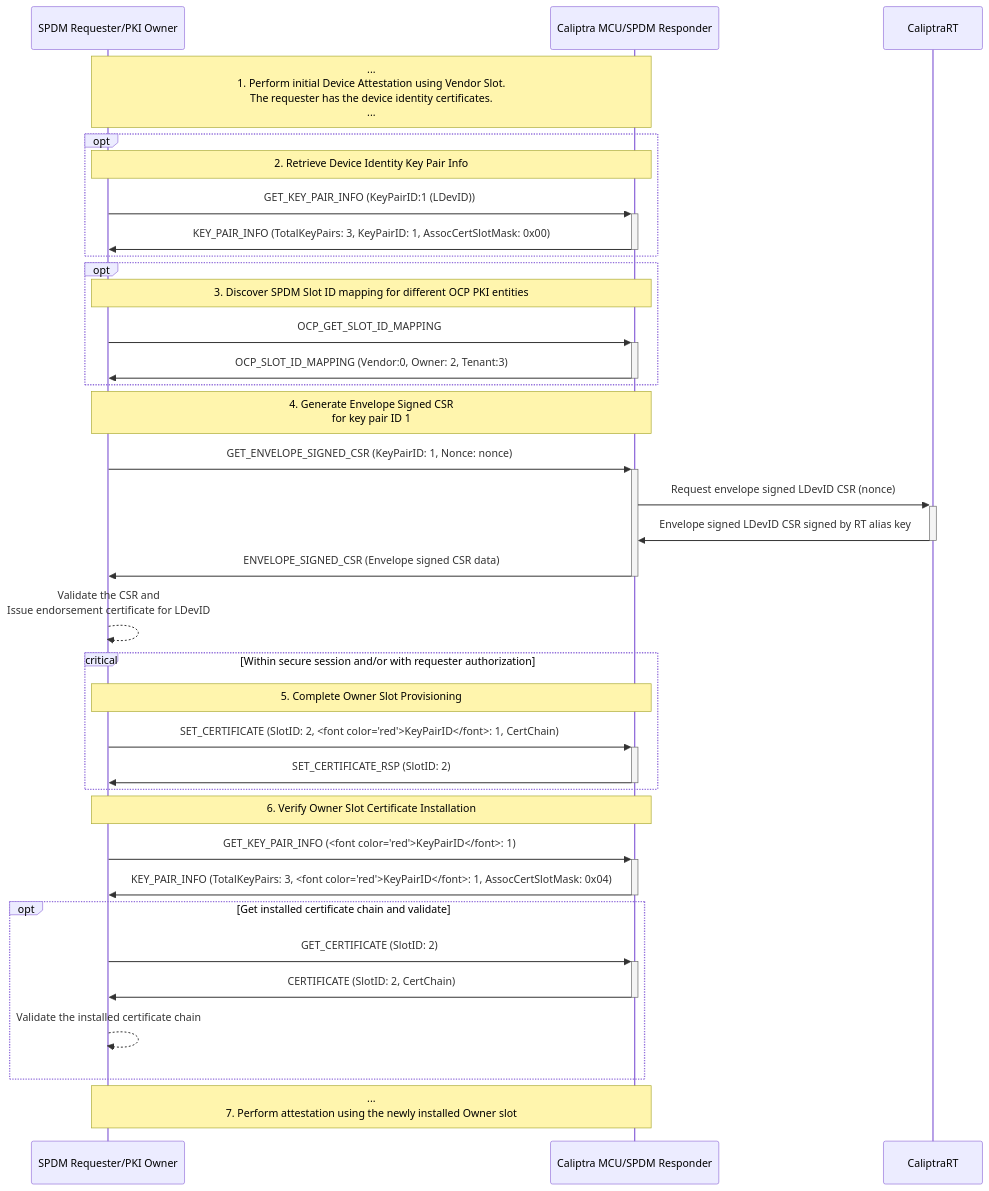
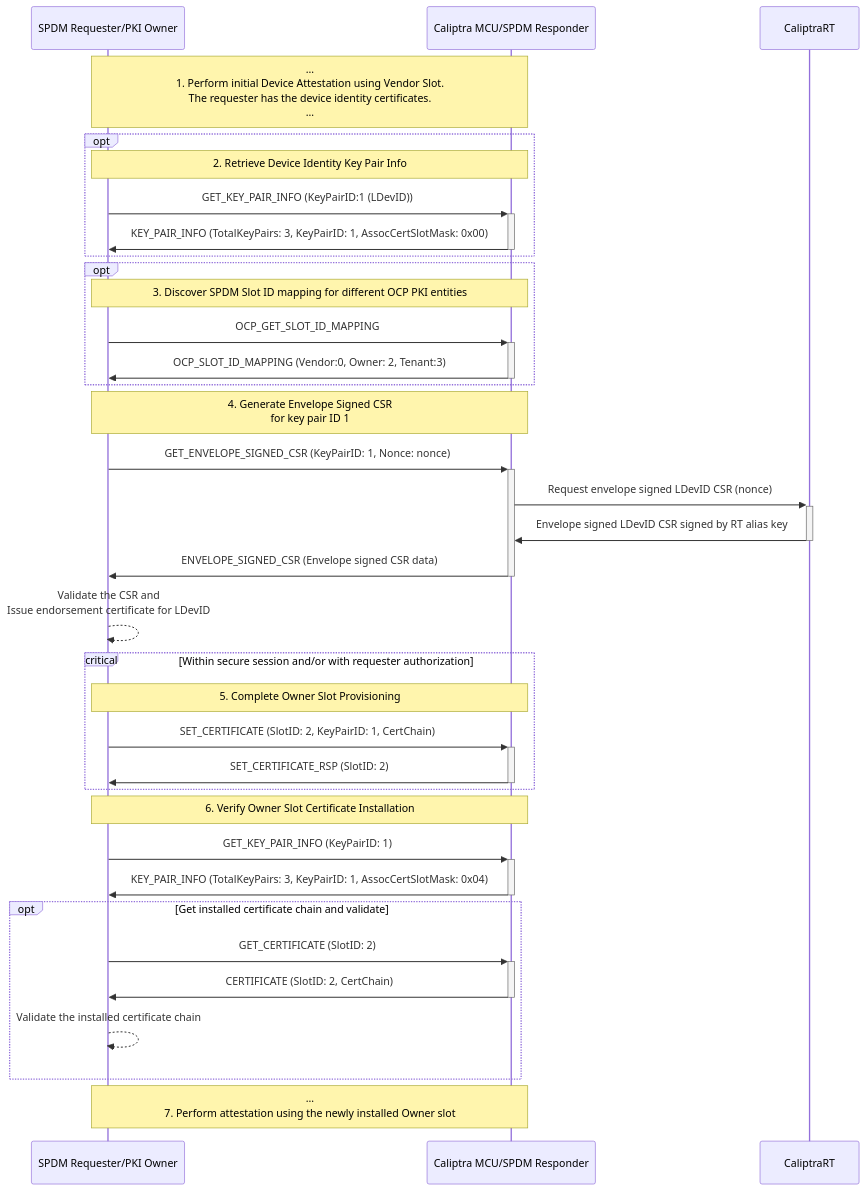
Before and after one commit to chipsalliance/caliptra-mcu-sw: the diagram in docs/src/cert_slot_mgmt.md, drawn with Mermaid.

Commit message:
update format

````diff
--- a/docs/src/cert_slot_mgmt.md
+++ b/docs/src/cert_slot_mgmt.md
@@ -31,37 +31,37 @@
 ```mermaid
 sequenceDiagram
     participant SPDMRequester as SPDM Requester/PKI Owner
     participant MCU as Caliptra MCU/SPDM Responder
     participant CaliptraRT
     Note over SPDMRequester,MCU: ...<br/> 1. Perform initial Device Attestation using Vendor Slot. <br/>The requester has the device identity certificates.<br/> ...
     opt 
         Note over SPDMRequester,MCU: 2. Retrieve Device Identity Key Pair Info
         SPDMRequester->>+MCU: GET_KEY_PAIR_INFO (KeyPairID:1 (LDevID))
         MCU->>-SPDMRequester: KEY_PAIR_INFO (TotalKeyPairs: 3, KeyPairID: 1, AssocCertSlotMask: 0x00)
     end
     opt 
         Note over SPDMRequester,MCU: 3. Discover SPDM Slot ID mapping for different OCP PKI entities
         SPDMRequester->>+MCU: OCP_GET_SLOT_ID_MAPPING
         MCU->>-SPDMRequester: OCP_SLOT_ID_MAPPING (Vendor:0, Owner: 2, Tenant:3)
     end
     Note over SPDMRequester,MCU: 4. Generate Envelope Signed CSR <br/> for key pair ID 1
     SPDMRequester->>+MCU: GET_ENVELOPE_SIGNED_CSR (KeyPairID: 1, Nonce: nonce)
     MCU->>+CaliptraRT: Request envelope signed LDevID CSR (nonce)
     CaliptraRT->>-MCU: Envelope signed LDevID CSR signed by RT alias key
     MCU->>-SPDMRequester: ENVELOPE_SIGNED_CSR (Envelope signed CSR data)
     SPDMRequester-->>SPDMRequester: Validate the CSR and <br/>Issue endorsement certificate for LDevID
     critical Within secure session and/or with requester authorization
         Note over SPDMRequester,MCU: 5. Complete Owner Slot Provisioning
-        SPDMRequester->>+MCU: SET_CERTIFICATE (SlotID: 2, <font color="red">KeyPairID</font>: 1, CertChain)
+        SPDMRequester->>+MCU: SET_CERTIFICATE (SlotID: 2, KeyPairID: 1, CertChain)
         MCU->>-SPDMRequester:SET_CERTIFICATE_RSP (SlotID: 2)
     end
     Note over SPDMRequester,MCU: 6. Verify Owner Slot Certificate Installation
-    SPDMRequester->>+MCU: GET_KEY_PAIR_INFO (<font color="red">KeyPairID</font>: 1)
-    MCU->>-SPDMRequester: KEY_PAIR_INFO (TotalKeyPairs: 3, <font color="red">KeyPairID</font>: 1, AssocCertSlotMask: 0x04)
+    SPDMRequester->>+MCU: GET_KEY_PAIR_INFO (KeyPairID: 1)
+    MCU->>-SPDMRequester: KEY_PAIR_INFO (TotalKeyPairs: 3, KeyPairID: 1, AssocCertSlotMask: 0x04)
     opt Get installed certificate chain and validate
         SPDMRequester->>+MCU: GET_CERTIFICATE (SlotID: 2)
         MCU->>-SPDMRequester: CERTIFICATE (SlotID: 2, CertChain)
         SPDMRequester-->>SPDMRequester: Validate the installed certificate chain
     end
     Note over SPDMRequester,MCU: ...<br/> 7. Perform attestation using the newly installed Owner slot
 ```
````
